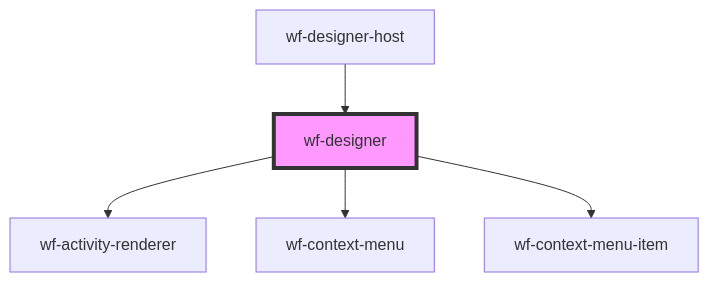
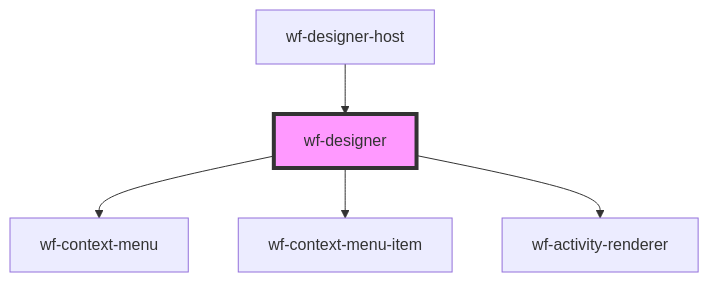
One commit to elsa-workflows/elsa-designer changed the diagram in src/components/workflow-designer/designer/readme.md. Above: the diagram before and after it, drawn with Mermaid. The commit also changed other lines of this file and 13 other files, not shown here.

Commit message:
Merge designer attributes with activity definition

````diff
--- a/src/components/workflow-designer/designer/readme.md
+++ b/src/components/workflow-designer/designer/readme.md
@@ -82,8 +83,8 @@
 ```mermaid
 graph TD;
-  wf-designer --> wf-activity-renderer
   wf-designer --> wf-context-menu
   wf-designer --> wf-context-menu-item
+  wf-designer --> wf-activity-renderer
   wf-designer-host --> wf-designer
   style wf-designer fill:#f9f,stroke:#333,stroke-width:4px
 ```
````
